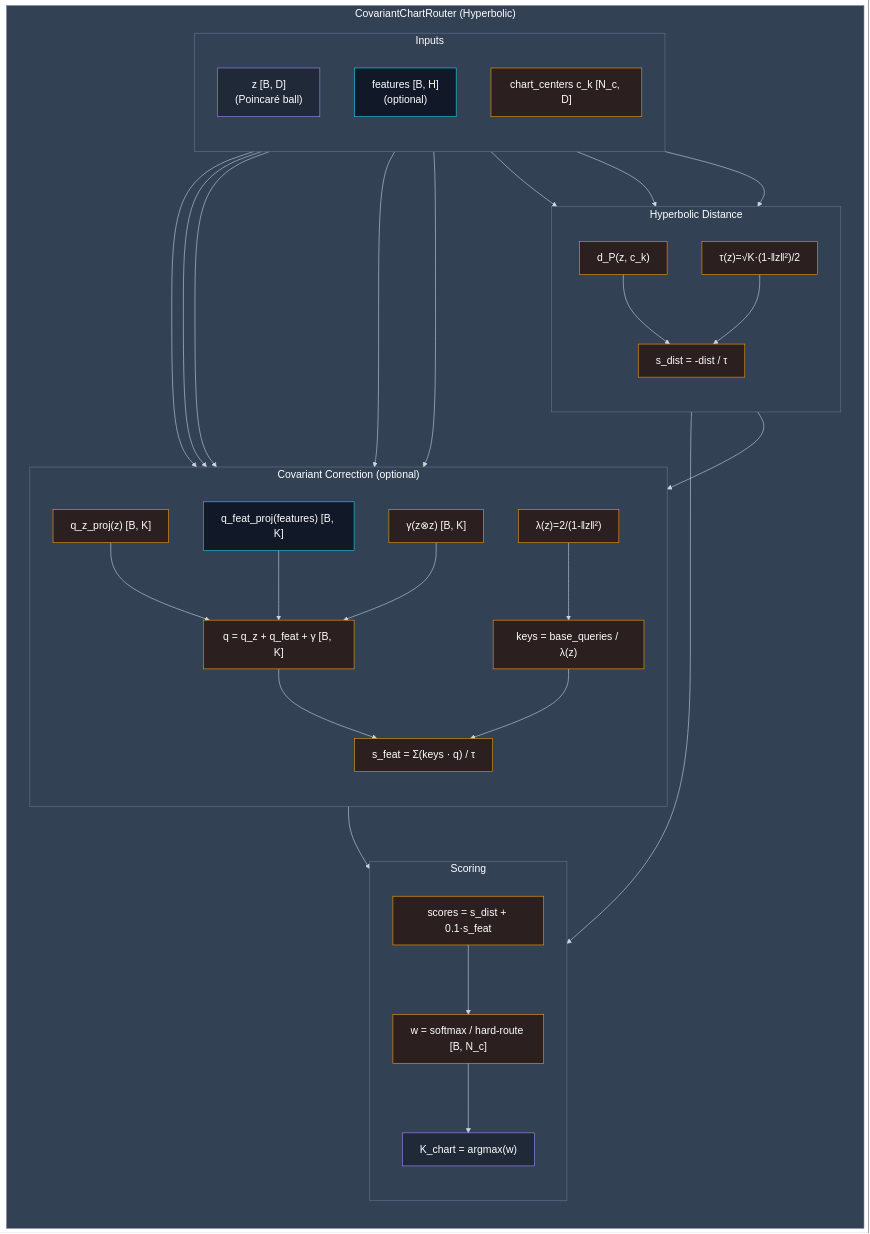
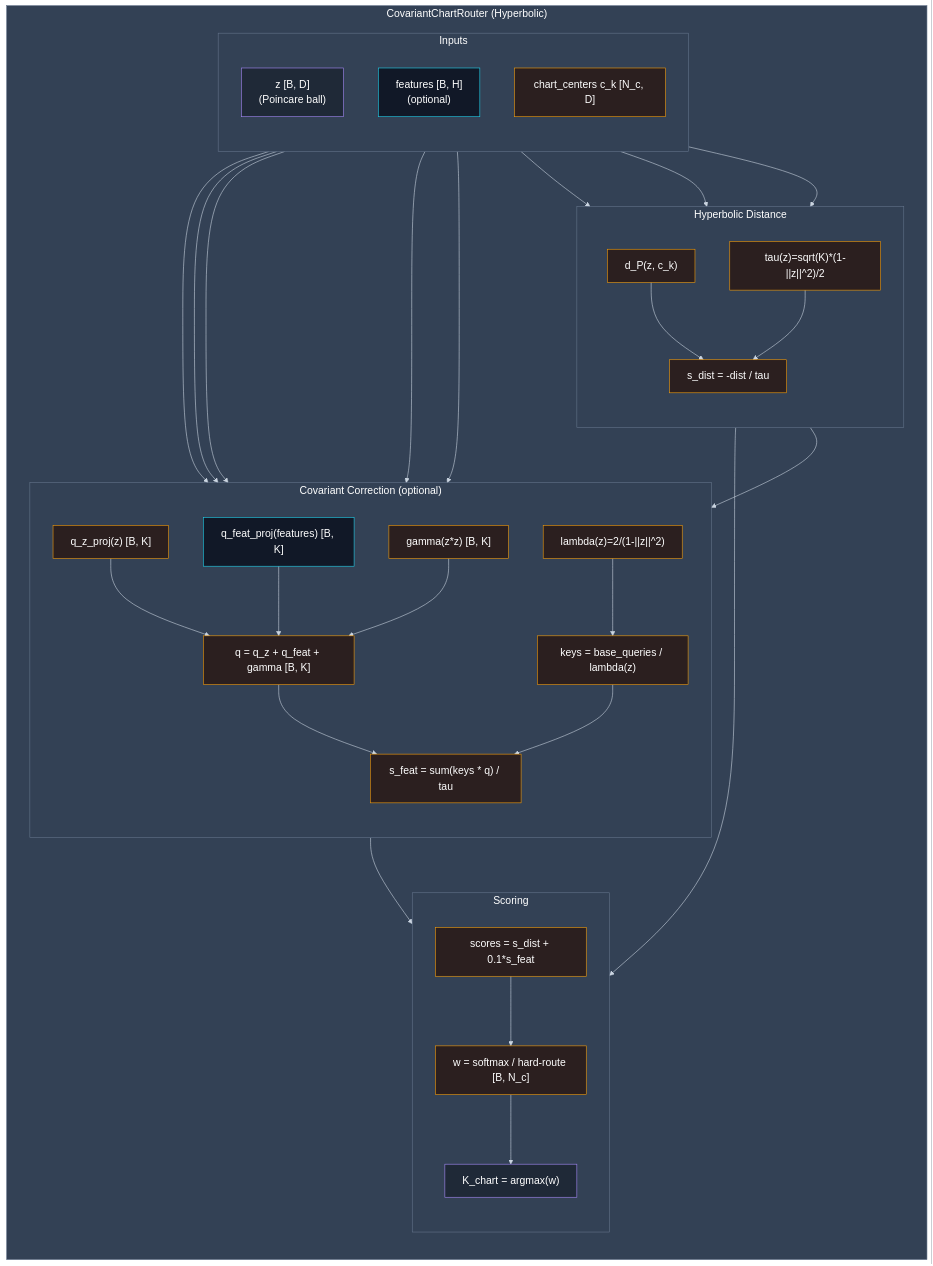
The third of 12 diagrams in single_agent_tldr.md (FragileTech/fragile), drawn with Mermaid before and after one commit. The commit also changed other lines of this file, not shown here.

````diff
--- a/single_agent_tldr.md
+++ b/single_agent_tldr.md
@@ -16,71 +190,71 @@
 ```mermaid
 %%{init: {"themeVariables": {"background":"#1e293b","edgeLabelBackground":"#334155","textColor":"#ffffff","lineColor":"#cbd5e1","primaryColor":"#334155","primaryTextColor":"#ffffff","secondaryTextColor":"#ffffff","tertiaryTextColor":"#ffffff","titleColor":"#ffffff","nodeTextColor":"#ffffff","clusterBkg":"#334155","clusterBorder":"#64748b","fontSize":"18px"},"flowchart":{"nodeSpacing":60,"rankSpacing":70,"useMaxWidth":true}}}%%
 flowchart TB
     subgraph ROUTER["CovariantChartRouter (Hyperbolic)"]
         direction TB
 
         subgraph INPUT["Inputs"]
             direction TB
-            Z["z [B, D]<br/>(Poincaré ball)"]
+            Z["z [B, D]<br/>(Poincare ball)"]
             F["features [B, H]<br/>(optional)"]
             ChartTokens["chart_centers c_k [N_c, D]"]
         end
 
         subgraph HYPER["Hyperbolic Distance"]
             direction TB
             Dist["d_P(z, c_k)"]
-            Tau["τ(z)=√K·(1-‖z‖²)/2"]
-            Sdist["s_dist = -dist / τ"]
+            Tau["tau(z)=sqrt(K)*(1-||z||^2)/2"]
+            Sdist["s_dist = -dist / tau"]
         end
 
         subgraph CORR["Covariant Correction (optional)"]
             direction TB
             Qz["q_z_proj(z) [B, K]"]
             Qfeat["q_feat_proj(features) [B, K]"]
-            Gamma["γ(z⊗z) [B, K]"]
-            Qsum["q = q_z + q_feat + γ [B, K]"]
-            Lambda["λ(z)=2/(1-‖z‖²)"]
-            Keys["keys = base_queries / λ(z)"]
-            Sfeat["s_feat = Σ(keys · q) / τ"]
+            Gamma["gamma(z*z) [B, K]"]
+            Qsum["q = q_z + q_feat + gamma [B, K]"]
+            Lambda["lambda(z)=2/(1-||z||^2)"]
+            Keys["keys = base_queries / lambda(z)"]
+            Sfeat["s_feat = sum(keys * q) / tau"]
         end
 
         subgraph SCORING["Scoring"]
             direction TB
-            Scores["scores = s_dist + 0.1·s_feat"]
+            Scores["scores = s_dist + 0.1*s_feat"]
             W["w = softmax / hard-route [B, N_c]"]
             Kchart["K_chart = argmax(w)"]
         end
     end
 
     Z --> Dist
     ChartTokens --> Dist
     Z --> Tau
     Dist --> Sdist
     Tau --> Sdist
 
     Z --> Qz
     F --> Qfeat
     Z --> Gamma
     Qz --> Qsum
     Qfeat --> Qsum
     Gamma --> Qsum
     Z --> Lambda
     ChartTokens --> Keys
     Lambda --> Keys
     Qsum --> Sfeat
     Keys --> Sfeat
     Tau --> Sfeat
 
     Sdist --> Scores
     Sfeat --> Scores
     Scores --> W --> Kchart
 
     classDef io fill:#0b1320,stroke:#93c5fd,stroke-width:1px,color:#ffffff;
     classDef feat fill:#111827,stroke:#22d3ee,stroke-width:1px,color:#ffffff;
     classDef router fill:#2b1f1f,stroke:#f59e0b,stroke-width:1px,color:#ffffff;
     classDef geom fill:#1f2937,stroke:#a78bfa,stroke-width:1px,color:#ffffff;
 
     class Z,Kchart geom;
     class F,Qfeat feat;
     class Dist,Tau,Sdist,Qz,Gamma,Qsum,Lambda,Keys,Sfeat,Scores,W,ChartTokens router;
 ```
````
